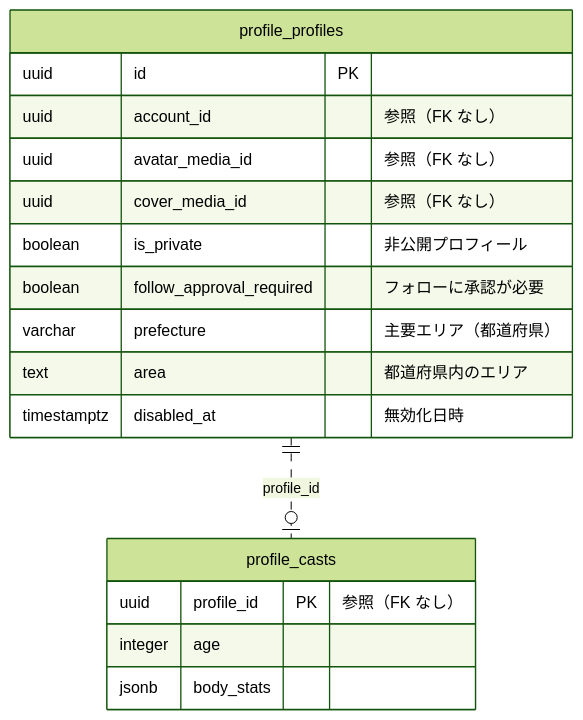
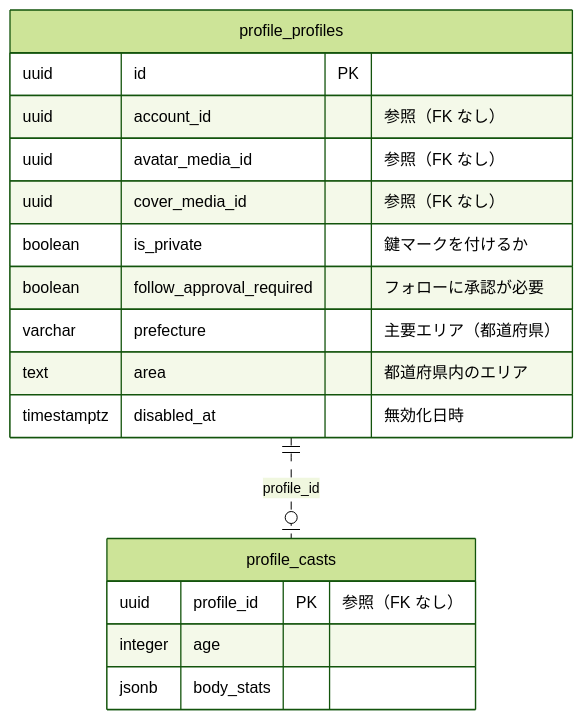
Before and after one commit to panicboat/monorepo: the third of 14 diagrams in dystopia/docs/data-model.md, drawn with Mermaid (forest theme). The commit also changed other lines of this file and 28 other files, not shown here.

````diff
--- a/dystopia/docs/data-model.md
+++ b/dystopia/docs/data-model.md
@@ -61,20 +61,20 @@
 ```mermaid
 erDiagram
     profile_profiles {
         uuid id PK
         uuid account_id "参照（FK なし）"
         uuid avatar_media_id "参照（FK なし）"
         uuid cover_media_id "参照（FK なし）"
-        boolean is_private "非公開プロフィール"
+        boolean is_private "鍵マークを付けるか"
         boolean follow_approval_required "フォローに承認が必要"
         varchar prefecture "主要エリア（都道府県）"
         text area "都道府県内のエリア"
         timestamptz disabled_at "無効化日時"
     }
     profile_casts {
         uuid profile_id PK "参照（FK なし）"
         integer age
         jsonb body_stats
     }
     profile_profiles ||..o| profile_casts : "profile_id"
 ```
````
